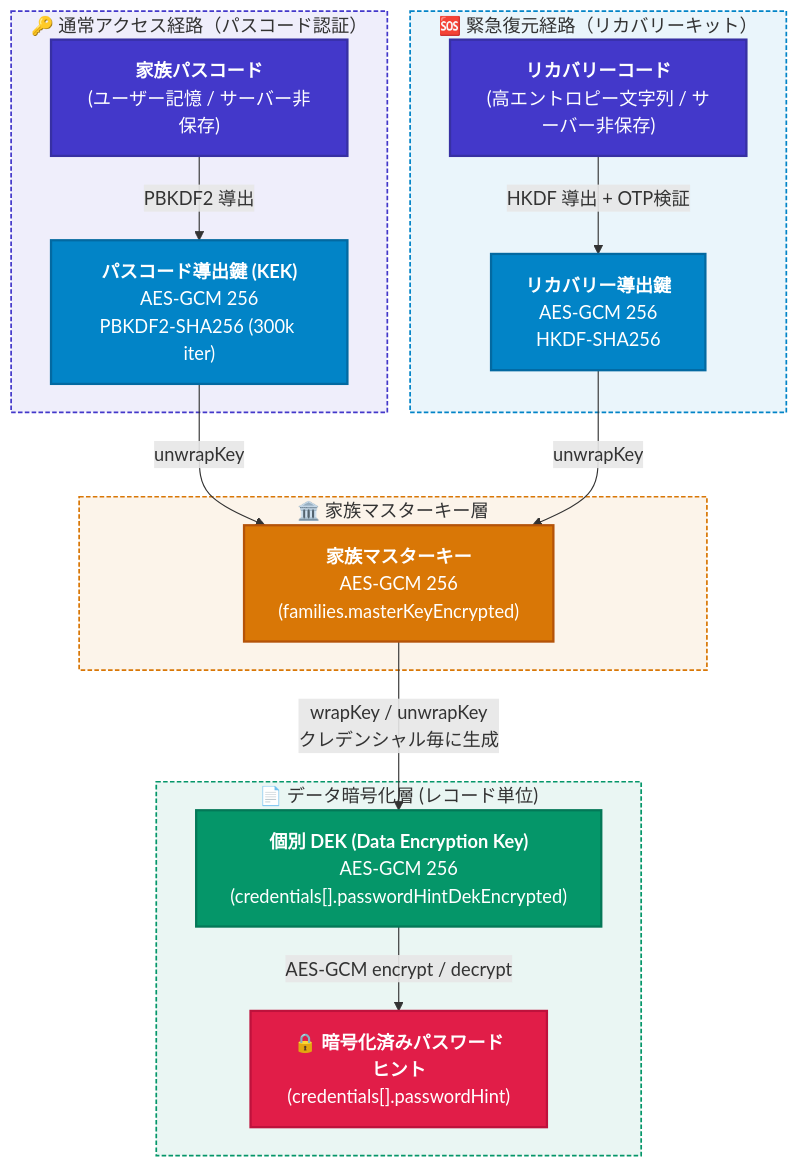
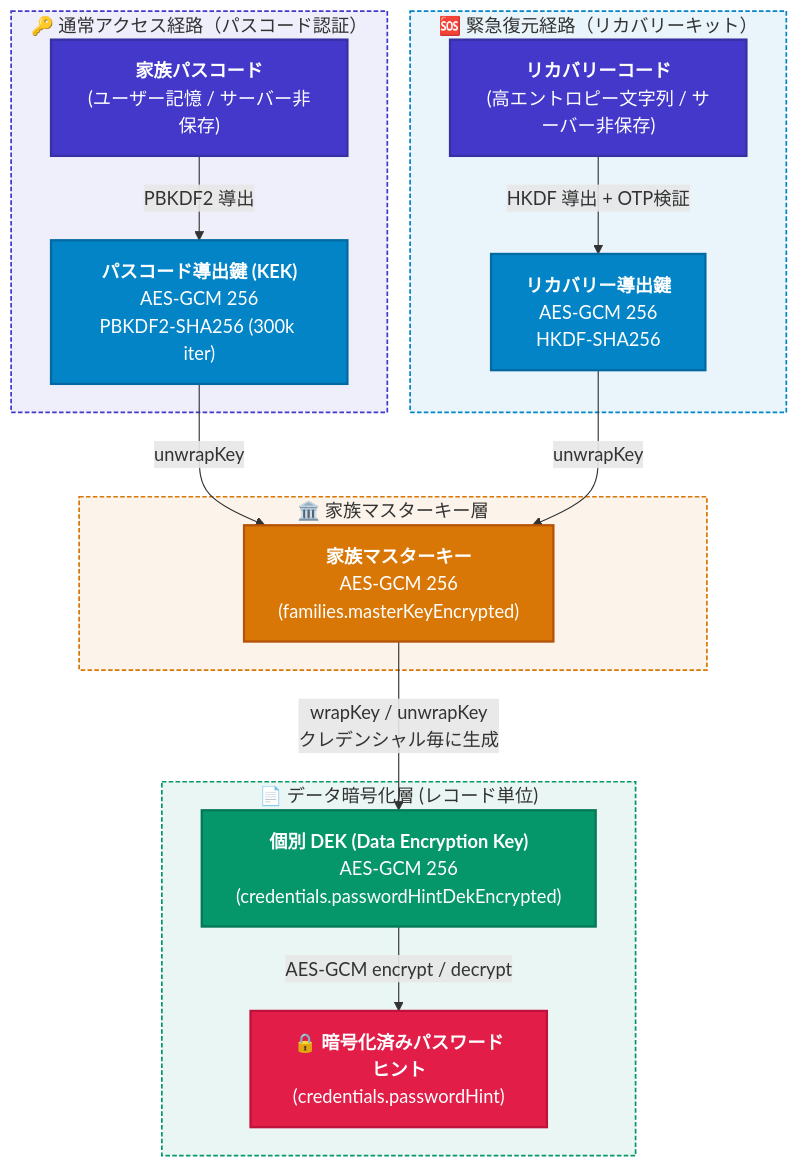
The first of 2 diagrams in .docs/security/e2ee.md (luthpg/poohma), drawn with Mermaid before and after one commit. The commit also changed other lines of this file and 13 other files, not shown here.

````diff
--- a/.docs/security/e2ee.md
+++ b/.docs/security/e2ee.md
@@ -11,45 +11,45 @@
 ```mermaid
 flowchart TB
     %% ==========================================
     %% Theme & Class Definitions (Dark/Light Safe)
     %% ==========================================
     classDef inputNode fill:#4338ca,stroke:#3730a3,stroke-width:2px,color:#ffffff;
     classDef derivedNode fill:#0284c7,stroke:#0369a1,stroke-width:2px,color:#ffffff;
     classDef masterNode fill:#d97706,stroke:#b45309,stroke-width:2px,color:#ffffff;
     classDef dekNode fill:#059669,stroke:#047857,stroke-width:2px,color:#ffffff;
     classDef hintNode fill:#e11d48,stroke:#be123c,stroke-width:2px,color:#ffffff;
 
     subgraph PasscodeFlow["🔑 通常アクセス経路（パスコード認証）"]
         Passcode["<b>家族パスコード</b><br/>(ユーザー記憶 / サーバー非保存)"]:::inputNode
         KEK["<b>パスコード導出鍵 (KEK)</b><br/>AES-GCM 256<br/>PBKDF2-SHA256 (300k iter)"]:::derivedNode
     end
 
     subgraph RecoveryFlow["🆘 緊急復元経路（リカバリーキット）"]
         RecoveryCode["<b>リカバリーコード</b><br/>(高エントロピー文字列 / サーバー非保存)"]:::inputNode
         RK["<b>リカバリー導出鍵</b><br/>AES-GCM 256<br/>HKDF-SHA256"]:::derivedNode
     end
 
     subgraph MasterKeyLayer["🏛️ 家族マスターキー層"]
         MK["<b>家族マスターキー</b><br/>AES-GCM 256<br/>(families.masterKeyEncrypted)"]:::masterNode
     end
 
     subgraph DataEncryptionLayer["📄 データ暗号化層 (レコード単位)"]
-        DEK["<b>個別 DEK (Data Encryption Key)</b><br/>AES-GCM 256<br/>(credentials[].passwordHintDekEncrypted)"]:::dekNode
-        Hint["🔒 <b>暗号化済みパスワードヒント</b><br/>(credentials[].passwordHint)"]:::hintNode
+        DEK["<b>個別 DEK (Data Encryption Key)</b><br/>AES-GCM 256<br/>(credentials.passwordHintDekEncrypted)"]:::dekNode
+        Hint["🔒 <b>暗号化済みパスワードヒント</b><br/>(credentials.passwordHint)"]:::hintNode
     end
 
     Passcode -->|PBKDF2 導出| KEK
     KEK -->|unwrapKey| MK
 
     RecoveryCode -->|HKDF 導出 + OTP検証| RK
     RK -->|unwrapKey| MK
 
     MK -->|wrapKey / unwrapKey<br/>クレデンシャル毎に生成| DEK
     DEK -->|AES-GCM encrypt / decrypt| Hint
 
     %% Subgraph Styling
     style PasscodeFlow fill:#4338ca15,stroke:#4338ca,stroke-width:1.5px,stroke-dasharray: 4 2;
     style RecoveryFlow fill:#0284c715,stroke:#0284c7,stroke-width:1.5px,stroke-dasharray: 4 2;
     style MasterKeyLayer fill:#d9770615,stroke:#d97706,stroke-width:1.5px,stroke-dasharray: 4 2;
     style DataEncryptionLayer fill:#05966915,stroke:#059669,stroke-width:1.5px,stroke-dasharray: 4 2;
 ```
````
